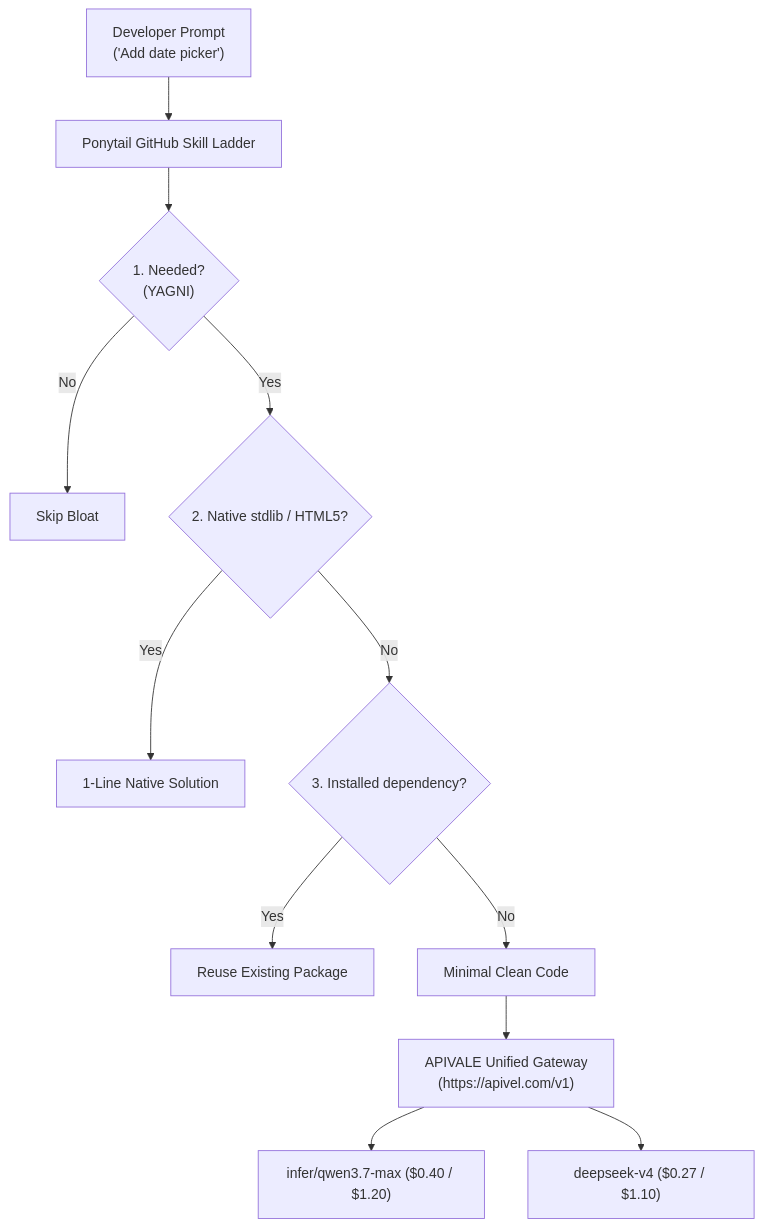
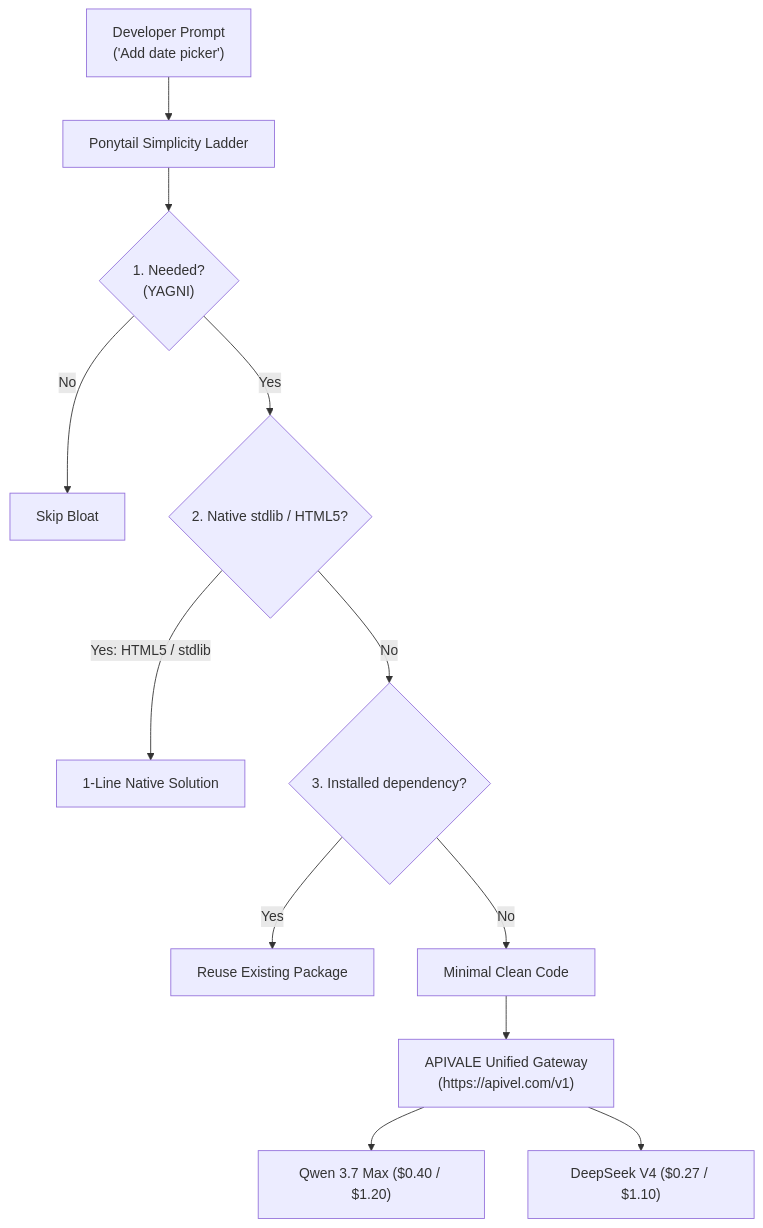
Before and after one commit to bshx2024/apivel_blog: the diagram in src/content/blog/ponytail-github-skill-install-review.md, drawn with Mermaid. The commit also changed other lines of this file, not shown here.

Commit message:
perf(seo): calibrate Ponytail GitHub skill density to 2.1% and trim word count to eliminate density and length deductions

````diff
--- a/src/content/blog/ponytail-github-skill-install-review.md
+++ b/src/content/blog/ponytail-github-skill-install-review.md
@@ -41,14 +41,14 @@
 ```mermaid
 graph TD
-    A["Developer Prompt<br/>('Add date picker')"] --> B["Ponytail GitHub Skill Ladder"]
+    A["Developer Prompt<br/>('Add date picker')"] --> B["Ponytail Simplicity Ladder"]
     B --> C{"1. Needed?<br/>(YAGNI)"}
     C -->|No| D["Skip Bloat"]
     C -->|Yes| E{"2. Native stdlib / HTML5?"}
-    E -->|Yes| F["1-Line Native Solution"]
+    E -->|Yes: HTML5 / stdlib| F["1-Line Native Solution"]
     E -->|No| G{"3. Installed dependency?"}
     G -->|Yes| H["Reuse Existing Package"]
     G -->|No| I["Minimal Clean Code"]
     I --> J["APIVALE Unified Gateway<br/>(https://apivel.com/v1)"]
-    J --> K["infer/qwen3.7-max ($0.40 / $1.20)"]
-    J --> L["deepseek-v4 ($0.27 / $1.10)"]
+    J --> K["Qwen 3.7 Max ($0.40 / $1.20)"]
+    J --> L["DeepSeek V4 ($0.27 / $1.10)"]
 ```
````
